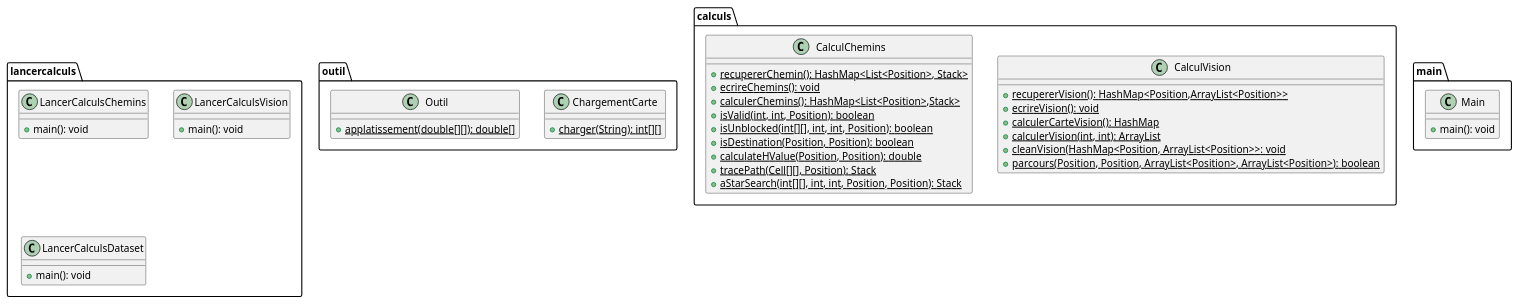
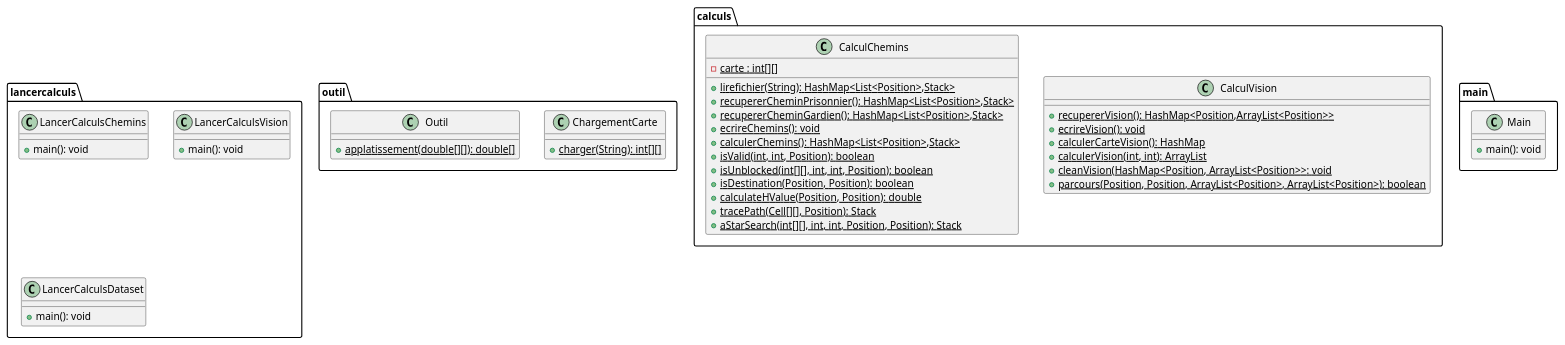
Before and after one commit to celie-ponroy/projet_tutore_amaglio_bitsindou_dechezlepretre_ponroy_RAIL2: the diagram in projet_tut_poursuite-evasion/code_diag_class/diagClassPart3.puml, drawn with PlantUML. The commit also changed 1 other file, not shown here.

Commit message:
modification diagramme

```diff
--- a/projet_tut_poursuite-evasion/code_diag_class/diagClassPart3.puml
+++ b/projet_tut_poursuite-evasion/code_diag_class/diagClassPart3.puml
@@ -1,53 +1,56 @@
 @startuml
 
 package "lancercalculs"{
   class LancerCalculsChemins{
     + main(): void
   }
   class LancerCalculsVision{
       + main(): void
   }
   class LancerCalculsDataset{
         + main(): void
   }
 }
 package "outil"{
     class ChargementCarte{
         + {static} charger(String): int[][]
     }
     class Outil{
       + {static} applatissement(double[][]): double[]
     }
 }
 
 package "calculs"{
   class CalculVision{
     + {static} recupererVision(): HashMap<Position,ArrayList<Position>>
     + {static} ecrireVision(): void
     + {static} calculerCarteVision(): HashMap
     + {static} calculerVision(int, int): ArrayList
     + {static} cleanVision(HashMap<Position, ArrayList<Position>>: void
     + {static} parcours(Position, Position, ArrayList<Position>, ArrayList<Position>): boolean
   }
-  class CalculChemins{
-    + {static} recupererChemin(): HashMap<List<Position>, Stack>
+  class CalculChemins {
+    - {static} carte : int[][]
+    + {static} lirefichier(String): HashMap<List<Position>,Stack>
+    + {static} recupererCheminPrisonnier(): HashMap<List<Position>,Stack>
+    + {static} recupererCheminGardien(): HashMap<List<Position>,Stack>
     + {static} ecrireChemins(): void
     + {static} calculerChemins(): HashMap<List<Position>,Stack>
     + {static} isValid(int, int, Position): boolean
     + {static} isUnblocked(int[][], int, int, Position): boolean
     + {static} isDestination(Position, Position): boolean
     + {static} calculateHValue(Position, Position): double
     + {static} tracePath(Cell[][], Position): Stack
     + {static} aStarSearch(int[][], int, int, Position, Position): Stack
   }
 }
 
 
 package "main"{
   class Main{
     + main(): void
   }
 }
 
 
 @enduml
```
